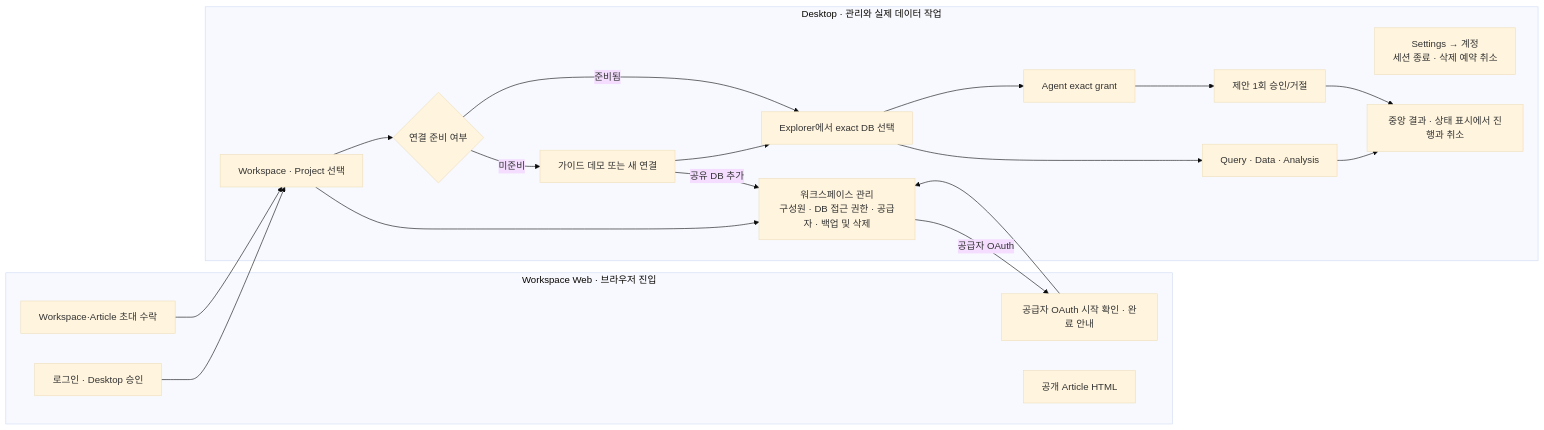
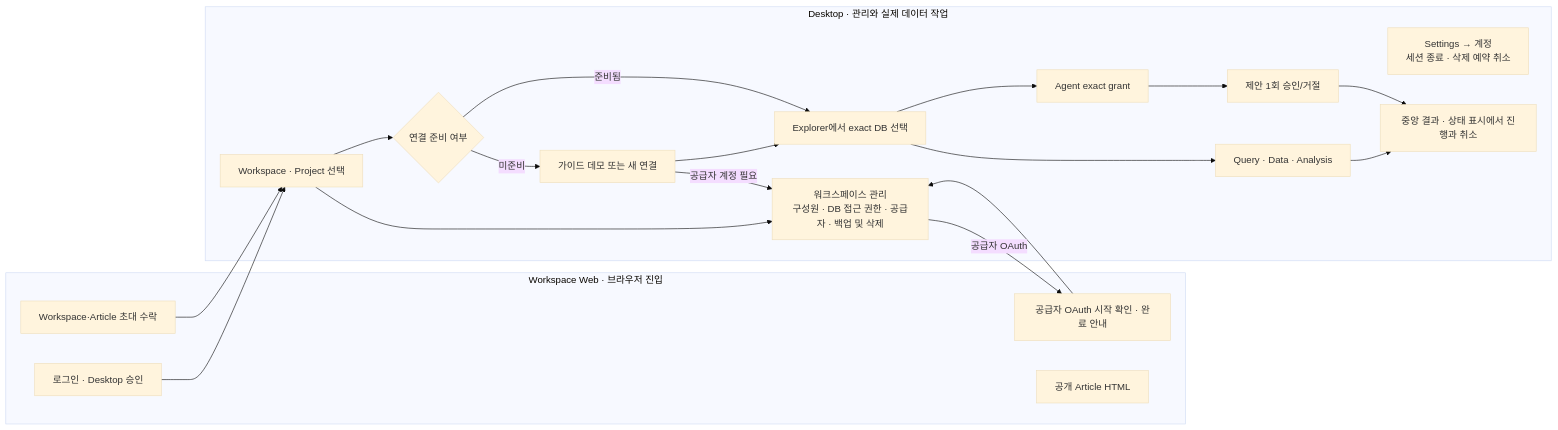
One commit to json-choi/dopedb changed the diagram in docs/PRODUCT_UI_SCOPE.md. Above: the diagram before and after it, drawn with Mermaid (base theme). The commit also changed other lines of this file and 3 other files, not shown here.

````diff
--- a/docs/PRODUCT_UI_SCOPE.md
+++ b/docs/PRODUCT_UI_SCOPE.md
@@ -27,33 +27,33 @@
 ```mermaid
 flowchart LR
   subgraph Browser[Workspace Web · 브라우저 진입]
     B0[로그인 · Desktop 승인]
     B1[Workspace·Article 초대 수락]
     B2[공급자 OAuth 시작 확인 · 완료 안내]
     B3[공개 Article HTML]
   end
 
   subgraph Desktop[Desktop · 관리와 실제 데이터 작업]
     A0[워크스페이스 관리<br/>구성원 · DB 접근 권한 · 공급자 · 백업 및 삭제]
     A1[Settings → 계정<br/>세션 종료 · 삭제 예약 취소]
     D0[Workspace · Project 선택]
     D1{연결 준비 여부}
     D2[가이드 데모 또는 새 연결]
     D3[Explorer에서 exact DB 선택]
     D4[Query · Data · Analysis]
     D5[Agent exact grant]
     D6[제안 1회 승인/거절]
     D7[중앙 결과 · 상태 표시에서 진행과 취소]
     D0 --> D1
     D1 -- 미준비 --> D2 --> D3
     D1 -- 준비됨 --> D3
     D3 --> D4 --> D7
     D3 --> D5 --> D6 --> D7
     D0 --> A0
-    D2 -- 공유 DB 추가 --> A0
+    D2 -- 공급자 계정 필요 --> A0
   end
 
   B0 --> D0
   B1 --> D0
   A0 -- 공급자 OAuth --> B2 --> A0
 ```
````
